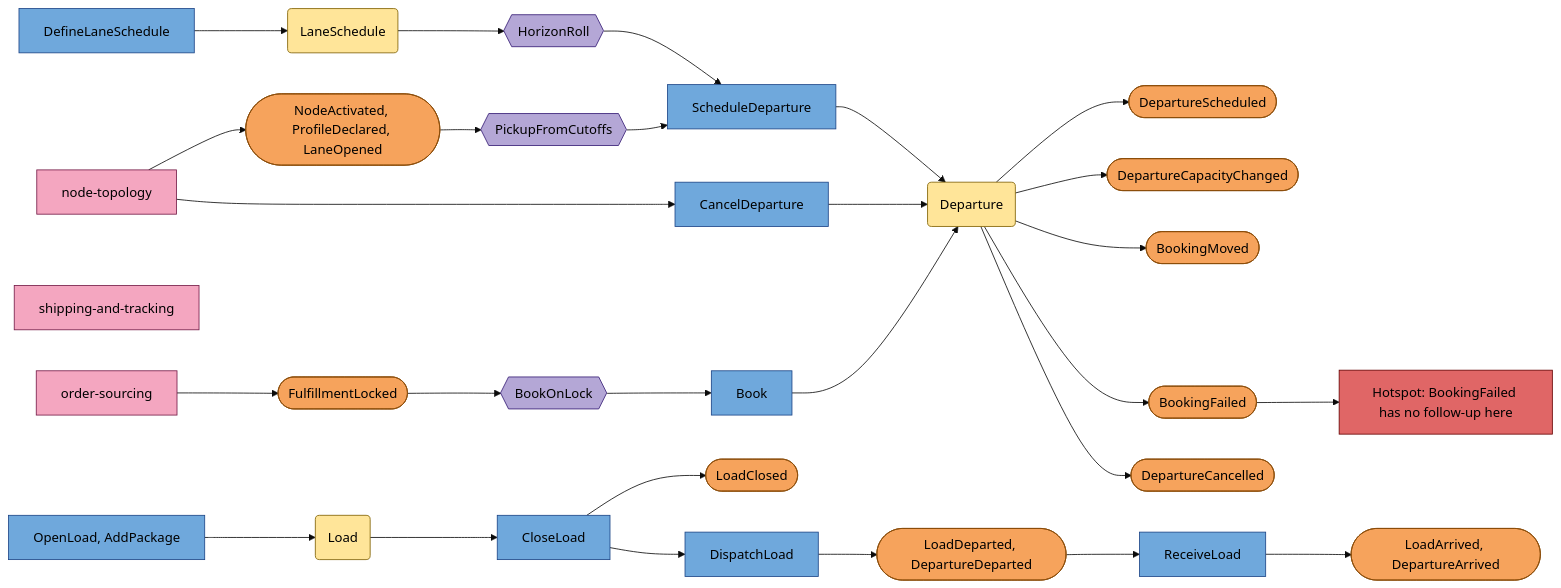
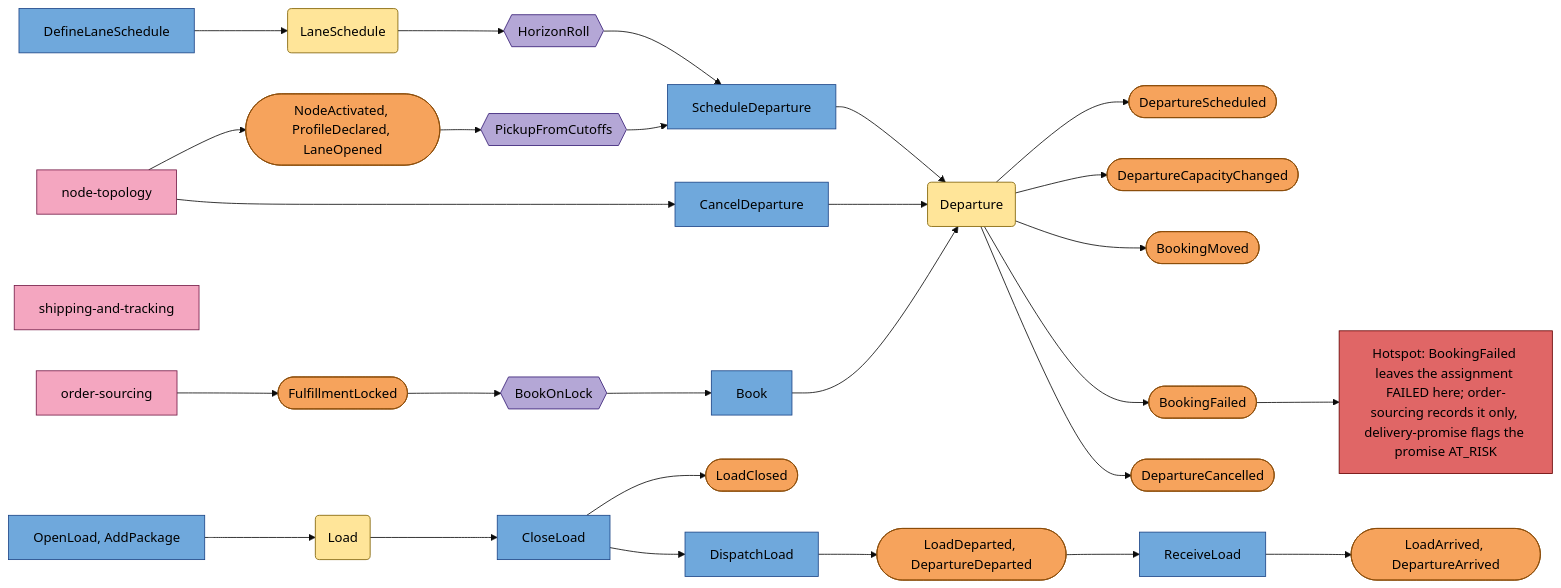
Before and after one commit to IQVO/linehaul-transportation: the diagram in docs/docs/ddd/eventstorming.md, drawn with Mermaid (base theme). The commit also changed other lines of this file and 8 other files, not shown here.

Commit message:
docs(linehaul-transportation): reconcile docs with the code (GENERATE_INTERVAL, delivery-promise consumers)

````diff
--- a/docs/docs/ddd/eventstorming.md
+++ b/docs/docs/ddd/eventstorming.md
@@ -13,53 +13,53 @@
 ```mermaid
 flowchart LR
     classDef event fill:#f6a35c,stroke:#8a4b08,color:#000
     classDef command fill:#6fa8dc,stroke:#1c4587,color:#000
     classDef policy fill:#b4a7d6,stroke:#351c75,color:#000
     classDef agg fill:#ffe599,stroke:#7f6000,color:#000
     classDef ext fill:#f4a6c0,stroke:#741b47,color:#000
     classDef hot fill:#e06666,stroke:#660000,color:#000
 
     NT["node-topology"]:::ext
     OS["order-sourcing"]:::ext
     ST["shipping-and-tracking"]:::ext
 
     E1(["NodeActivated, ProfileDeclared, LaneOpened"]):::event
     P1{{"PickupFromCutoffs"}}:::policy
     C1["DefineLaneSchedule"]:::command
     A2("LaneSchedule"):::agg
     P2{{"HorizonRoll"}}:::policy
     C2["ScheduleDeparture"]:::command
     A1("Departure"):::agg
     E2(["DepartureScheduled"]):::event
 
     E3(["FulfillmentLocked"]):::event
     P3{{"BookOnLock"}}:::policy
     C3["Book"]:::command
     E4(["DepartureCapacityChanged"]):::event
     E5(["BookingMoved"]):::event
     E6(["BookingFailed"]):::event
-    H1["Hotspot: BookingFailed has no follow-up here"]:::hot
+    H1["Hotspot: BookingFailed leaves the assignment FAILED here; order-sourcing records it only, delivery-promise flags the promise AT_RISK"]:::hot
 
     C4["CancelDeparture"]:::command
     E7(["DepartureCancelled"]):::event
 
     C5["OpenLoad, AddPackage"]:::command
     A3("Load"):::agg
     C6["CloseLoad"]:::command
     E8(["LoadClosed"]):::event
     C7["DispatchLoad"]:::command
     E9(["LoadDeparted, DepartureDeparted"]):::event
     C8["ReceiveLoad"]:::command
     E10(["LoadArrived, DepartureArrived"]):::event
 
     NT --> E1 --> P1 --> C2
     C1 --> A2 --> P2 --> C2 --> A1 --> E2
     OS --> E3 --> P3 --> C3 --> A1
     A1 --> E4
     A1 --> E5
     A1 --> E6 --> H1
     NT --> C4
     C4 --> A1 --> E7
     C5 --> A3 --> C6 --> E8
     C6 --> C7 --> E9 --> C8 --> E10
 ```
````
